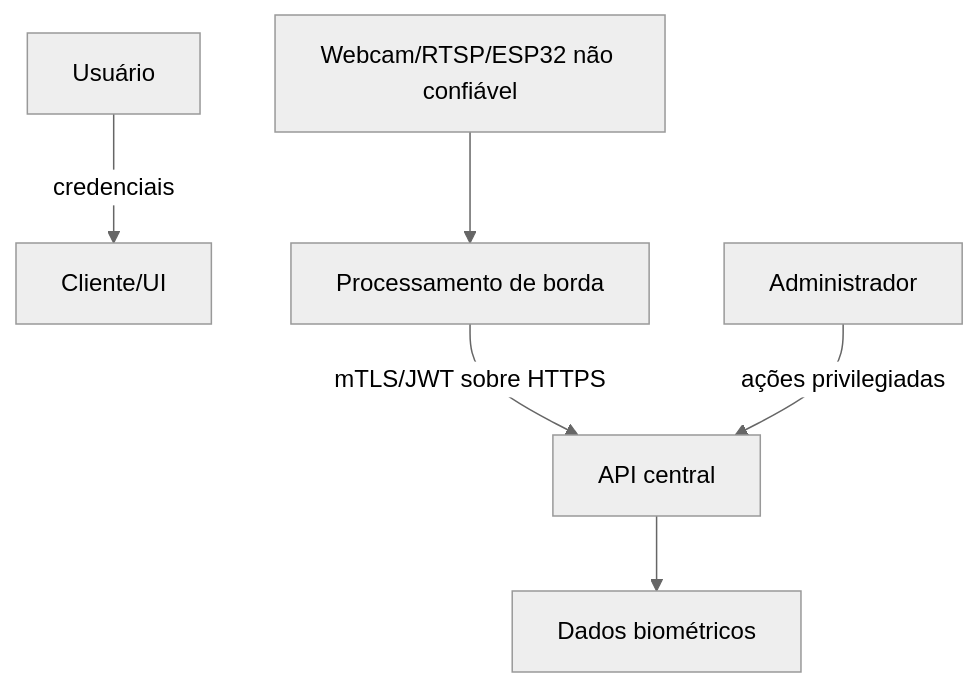
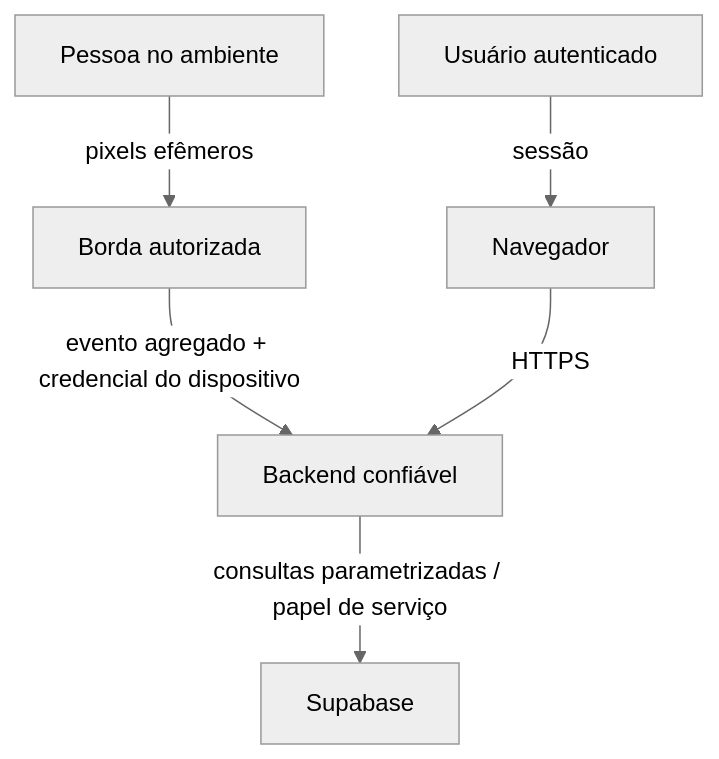
Before and after one commit to gcazuche/smart-environment: the second of 2 diagrams in .planning/ARCHITECTURE.md, drawn with Mermaid (neutral theme). The commit also changed other lines of this file and 23 other files, not shown here.

````diff
--- a/.planning/ARCHITECTURE.md
+++ b/.planning/ARCHITECTURE.md
@@ -122,8 +109,8 @@
 ```mermaid
 flowchart TB
-    OP["Usuário"] -->|"credenciais"| UI["Cliente/UI"]
-    CAM["Webcam/RTSP/ESP32 não confiável"] --> EDGE["Processamento de borda"]
-    EDGE -->|"mTLS/JWT sobre HTTPS"| API["API central"]
-    API --> DB["Dados biométricos"]
-    ADMIN["Administrador"] -->|"ações privilegiadas"| API
+    P["Pessoa no ambiente"] -->|"pixels efêmeros"| EDGE["Borda autorizada"]
+    EDGE -->|"evento agregado + credencial do dispositivo"| API["Backend confiável"]
+    USER["Usuário autenticado"] -->|"sessão"| WEB["Navegador"]
+    WEB -->|"HTTPS"| API
+    API -->|"consultas parametrizadas / papel de serviço"| SUPA["Supabase"]
 ```
````
